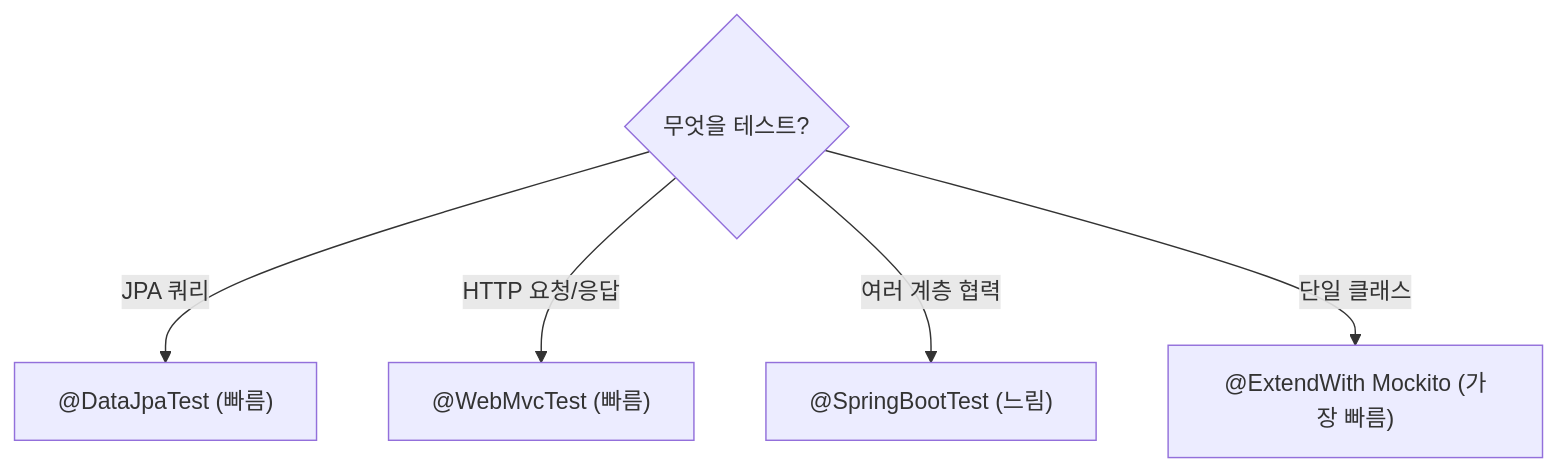
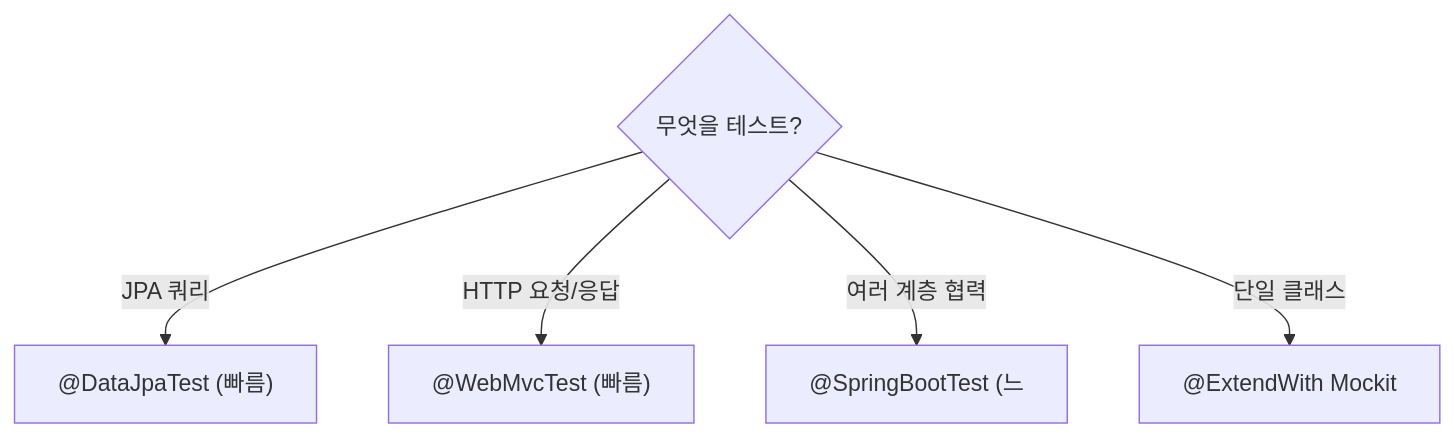
One commit to yjkim2015/yjkim2015.github.io changed the third of 4 diagrams in _posts/test/2026-05-03-integration-testing.md. Above: the diagram before and after it, drawn with Mermaid. The commit also changed other lines of this file and 271 other files, not shown here.

First line of the commit message:
Mermaid 라벨 축소: 긴 노드 텍스트 18자 이하로 트림 + \n 제거

````diff
--- a/_posts/test/2026-05-03-integration-testing.md
+++ b/_posts/test/2026-05-03-integration-testing.md
@@ -201,8 +201,8 @@
 ```mermaid
 flowchart TD
     Q1{"무엇을 테스트?"}
     Q1 -->|JPA 쿼리| A["@DataJpaTest (빠름)"]
     Q1 -->|HTTP 요청/응답| B["@WebMvcTest (빠름)"]
-    Q1 -->|여러 계층 협력| C["@SpringBootTest (느림)"]
-    Q1 -->|단일 클래스| D["@ExtendWith Mockito (가장 빠름)"]
+    Q1 -->|여러 계층 협력| C["@SpringBootTest (느"]
+    Q1 -->|단일 클래스| D["@ExtendWith Mockit"]
 ```
````
